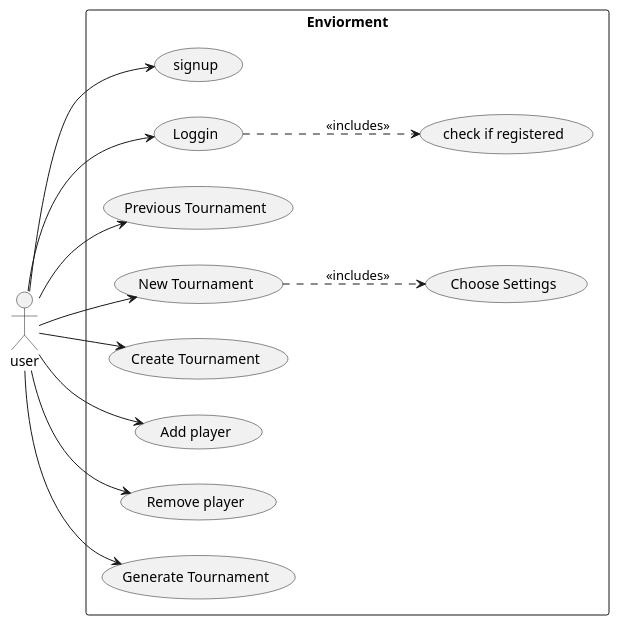
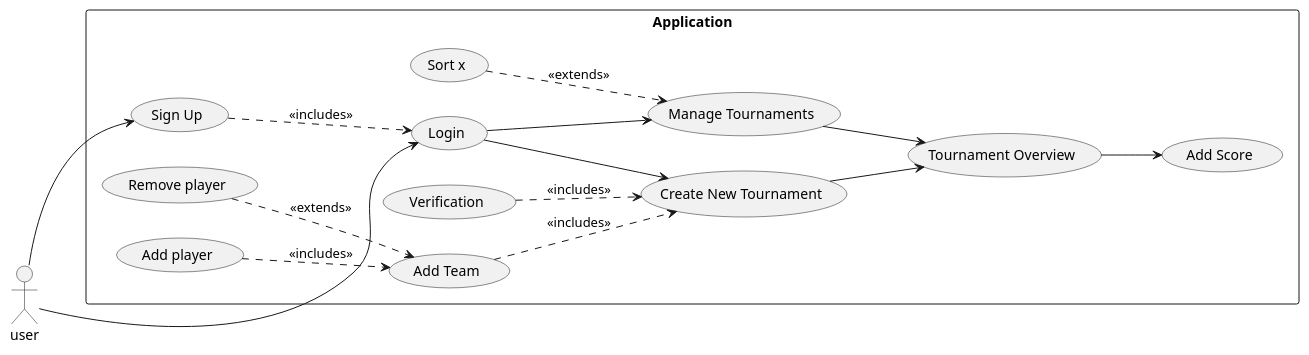
One commit to itzMesh/DCST1008-Prosjekt changed the diagram in ProjektUML/Usecase-Diagram.wsd. Above: the diagram before and after it, drawn with PlantUML.

Commit message:
Use Case diagram

```diff
--- a/ProjektUML/Usecase-Diagram.wsd
+++ b/ProjektUML/Usecase-Diagram.wsd
@@ -1,29 +1,32 @@
 @startuml Usecase
 left to right direction
 :user:
-rectangle Enviorment{
-    usecase "signup" as SU
-    usecase "check if registered" as CIR
-    usecase "Loggin" as LG
-    usecase "Previous Tournament" as PTM
-    usecase "New Tournament" as NTM
-    usecase "Choose Settings" as CS
-    usecase "Create Tournament" as CTM
+rectangle Application{
+    usecase "Sign Up" as SU
+    usecase "Login" as LG
+    usecase "Manage Tournaments" as MT
+    usecase "Create New Tournament" as CTM
     usecase "Add player" as AP
     usecase "Remove player" as RM
-    usecase "Generate Tournament" as GTM
-
+    usecase "Add Team" as AT
+    usecase "Sort x" as S
+    usecase "Tournament Overview" as TO
+    usecase "Add Score" as AS
+    usecase "Verification" as V
 }
 user --> SU
 user --> LG
-user --> PTM
-user --> NTM
-user --> CTM
-user --> AP
-user --> RM
-user --> GTM
 
-LG ..> CIR: <<includes>>
-NTM ..> CS: <<includes>>
+SU ..> LG: <<includes>>
+LG --> MT
+LG --> CTM
+AT ..> CTM: <<includes>>
+AP ..> AT: <<includes>>
+RM ..> AT: <<extends>>
+S ..> MT: <<extends>>
+MT --> TO
+CTM --> TO
+V ..> CTM: <<includes>>
+TO --> AS
 
 @enduml
```
